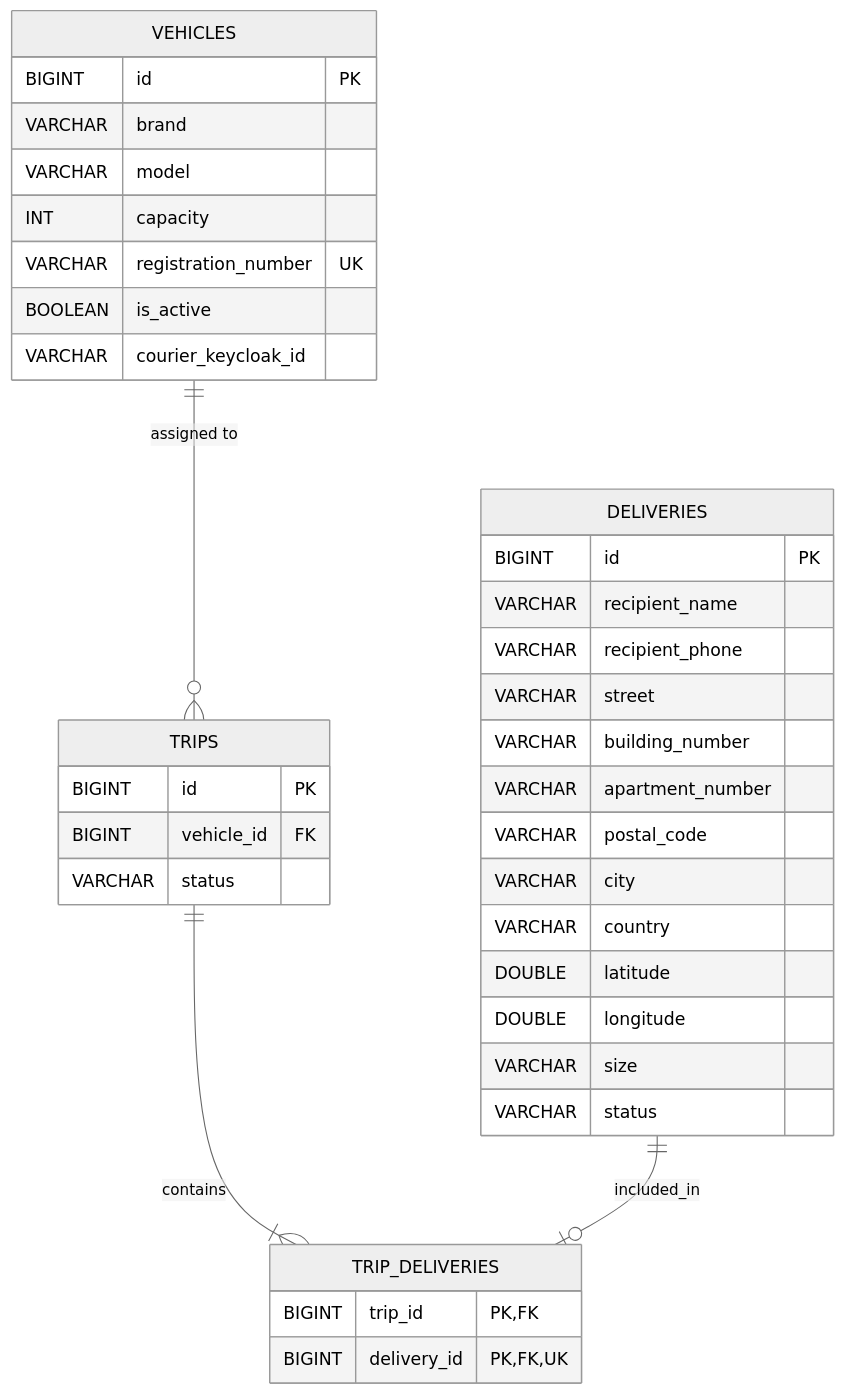
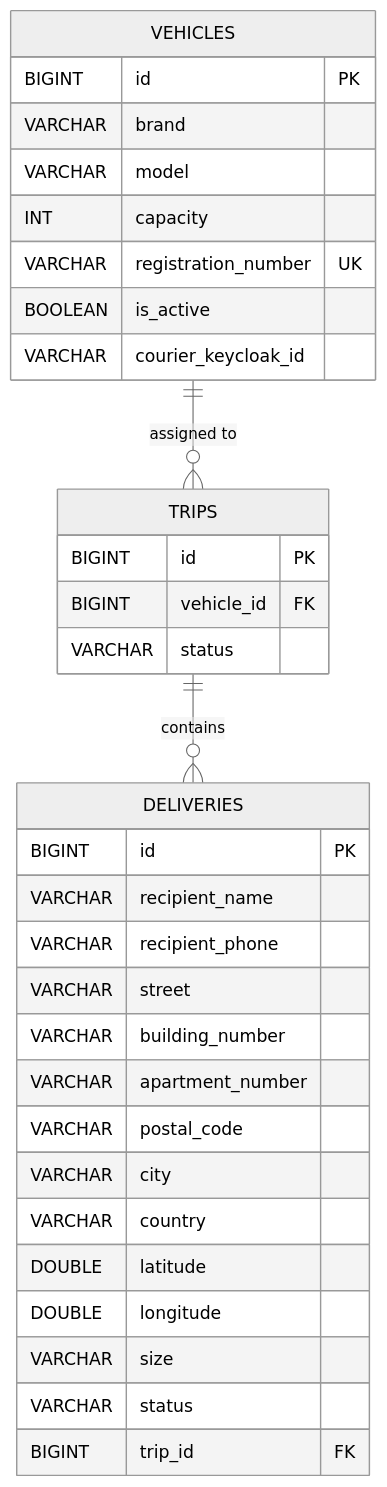
The diagram in backend/delivery-service/README.md (paczFinder/paczFinder), drawn with Mermaid (neutral theme) before and after one commit. The commit also changed other lines of this file and 4 other files, not shown here.

Commit message:
replacing relation many_to_many to one-to-many relation in trip - delivery

````diff
--- a/backend/delivery-service/README.md
+++ b/backend/delivery-service/README.md
@@ -58,43 +64,39 @@
 ```mermaid
 erDiagram
     VEHICLES ||--o{ TRIPS : "assigned to"
-    TRIPS ||--|{ TRIP_DELIVERIES : contains
-    DELIVERIES ||--o| TRIP_DELIVERIES : included_in
+    TRIPS ||--o{ DELIVERIES : contains
 
     DELIVERIES {
         BIGINT id PK
         VARCHAR recipient_name
         VARCHAR recipient_phone
         VARCHAR street
         VARCHAR building_number
         VARCHAR apartment_number
         VARCHAR postal_code
         VARCHAR city
         VARCHAR country
         DOUBLE latitude
         DOUBLE longitude
         VARCHAR size
         VARCHAR status
+        BIGINT trip_id FK
     }
 
     VEHICLES {
         BIGINT id PK
         VARCHAR brand
         VARCHAR model
         INT capacity
         VARCHAR registration_number UK
         BOOLEAN is_active
         VARCHAR courier_keycloak_id
     }
 
     TRIPS {
         BIGINT id PK
         BIGINT vehicle_id FK
         VARCHAR status
     }
 
-    TRIP_DELIVERIES {
-        BIGINT trip_id PK, FK
-        BIGINT delivery_id PK, FK, UK
-    }
 ```
````
